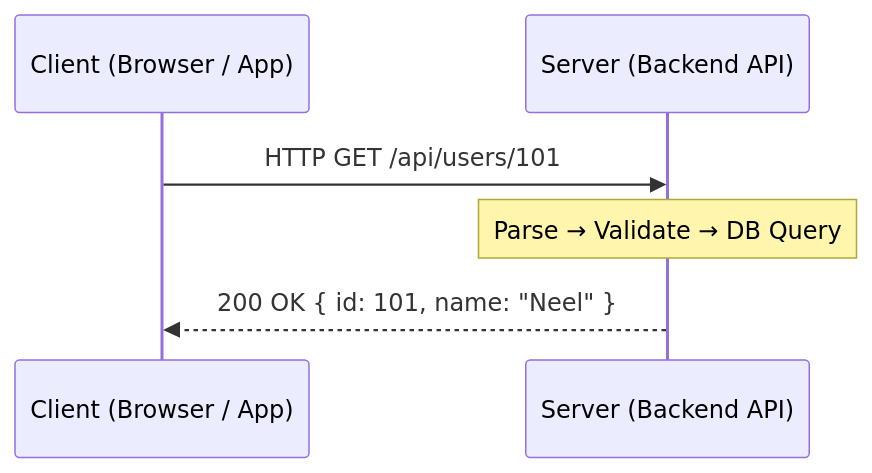
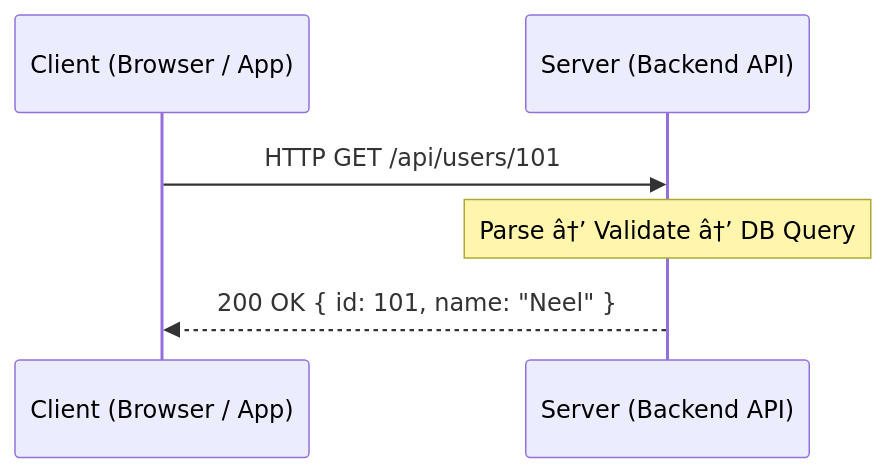
One commit to Patel-Neel-346/Notes changed the first of 9 diagrams in Backend-engineering/2-Communication-patterns/2.Request-respone.md. Above: the diagram before and after it, drawn with Mermaid. The commit also changed other lines of this file and 4 other files, not shown here.

````diff
--- a/Backend-engineering/2-Communication-patterns/2.Request-respone.md
+++ b/Backend-engineering/2-Communication-patterns/2.Request-respone.md
@@ -56,9 +56,9 @@
 ```mermaid
 sequenceDiagram
     participant C as Client (Browser / App)
     participant S as Server (Backend API)
 
     C->>S: HTTP GET /api/users/101
-    Note over S: Parse → Validate → DB Query
+    Note over S: Parse â†’ Validate â†’ DB Query
     S-->>C: 200 OK { id: 101, name: "Neel" }
 ```
````
